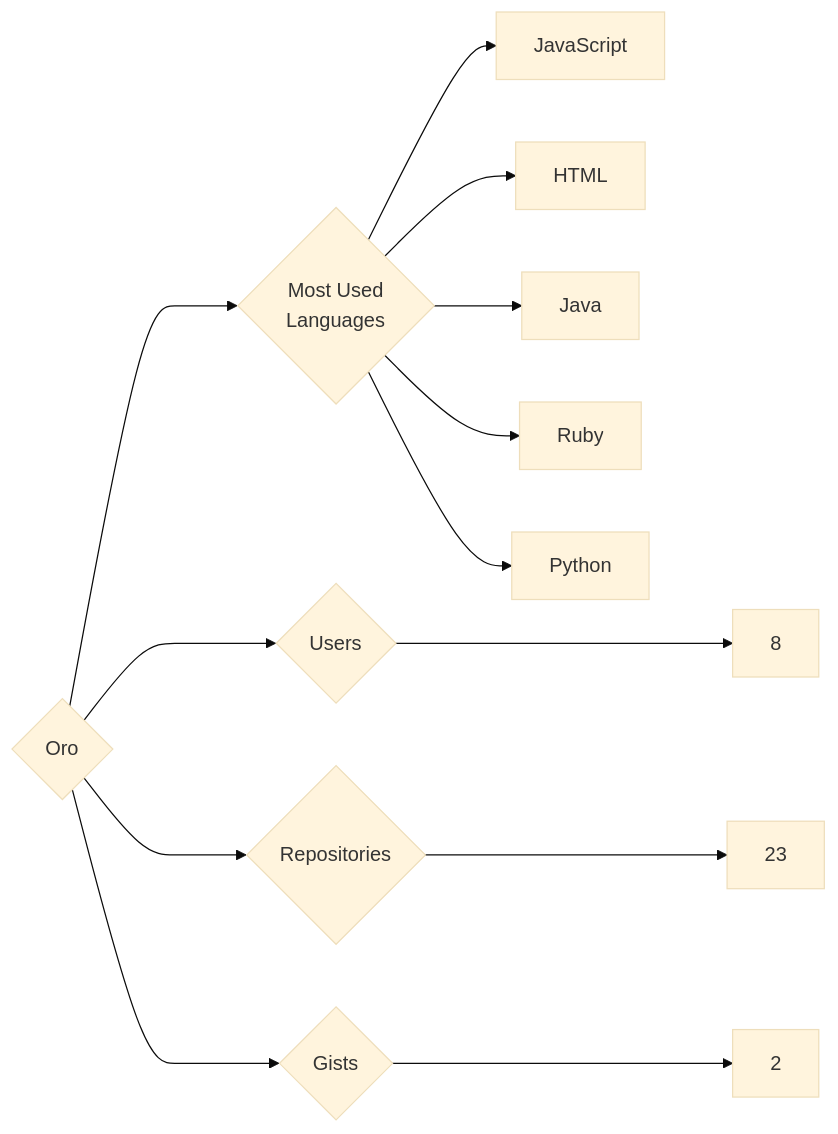
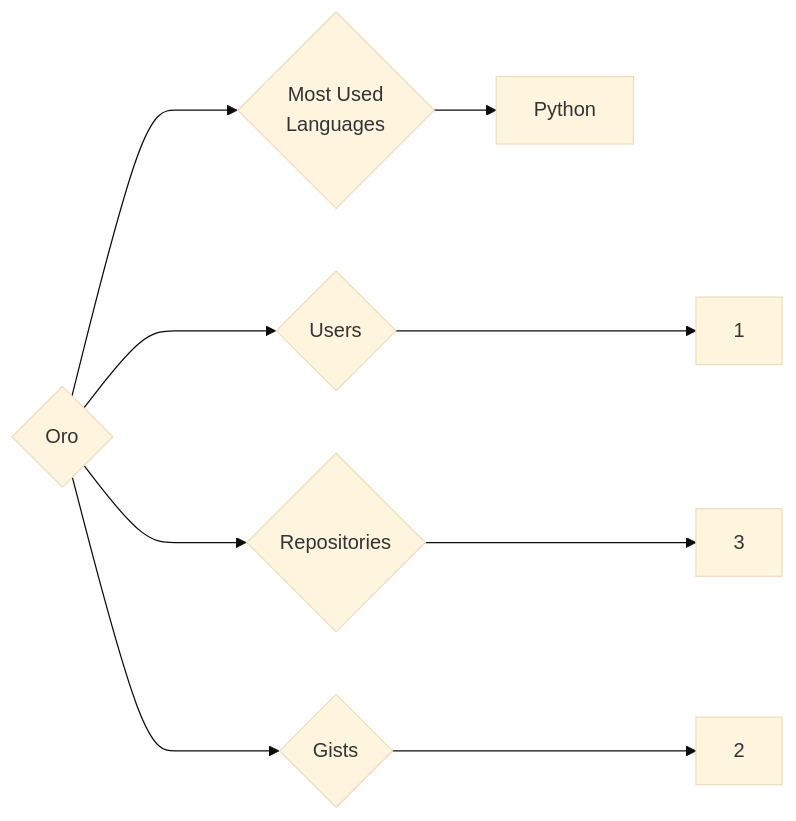
Before and after one commit to trickest/insiders: the diagram in targets/Oro/README.md, drawn with Mermaid (base theme). The commit also changed 677 other files, not shown here.

````diff
--- a/targets/Oro/README.md
+++ b/targets/Oro/README.md
@@ -3,13 +3,9 @@
 ```mermaid
 graph LR
 COMPANY_NAME{Oro}
-COMPANY_NAME ---> U{Users} ---> UN[8]
-COMPANY_NAME ---> R{Repositories} ---> RN[23]
+COMPANY_NAME ---> U{Users} ---> UN[1]
+COMPANY_NAME ---> R{Repositories} ---> RN[3]
 COMPANY_NAME ---> G{Gists} ---> GN[2]
 COMPANY_NAME ---> ML{Most Used<br>Languages}
-ML --> JavaScript[JavaScript]
-ML --> HTML[HTML]
-ML --> Java[Java]
-ML --> Ruby[Ruby]
 ML --> Python[Python]
 ```
````
